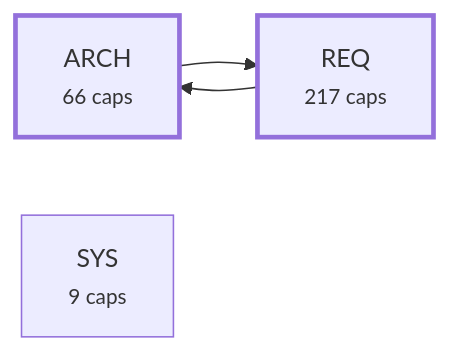
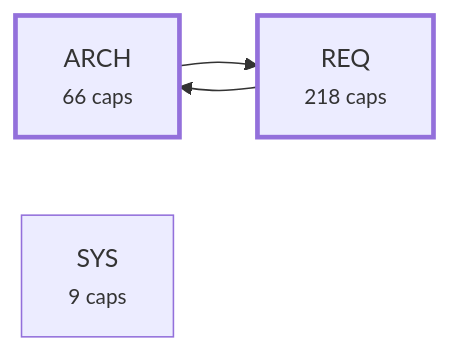
The third of 4 diagrams in plugin/requirements/_map.md (alxmax/Requirement-manager), drawn with Mermaid before and after one commit. The commit also changed other lines of this file and 64 other files, not shown here.

````diff
--- a/plugin/requirements/_map.md
+++ b/plugin/requirements/_map.md
@@ -1045,10 +1027,10 @@
 ```mermaid
 graph LR
   a_ARCH["ARCH<br><small>66 caps</small>"]
-  a_REQ["REQ<br><small>217 caps</small>"]
+  a_REQ["REQ<br><small>218 caps</small>"]
   a_SYS["SYS<br><small>9 caps</small>"]
   a_ARCH --> a_REQ
   a_REQ --> a_ARCH
   style a_ARCH stroke-width:3px
   style a_REQ stroke-width:3px
 ```
````
